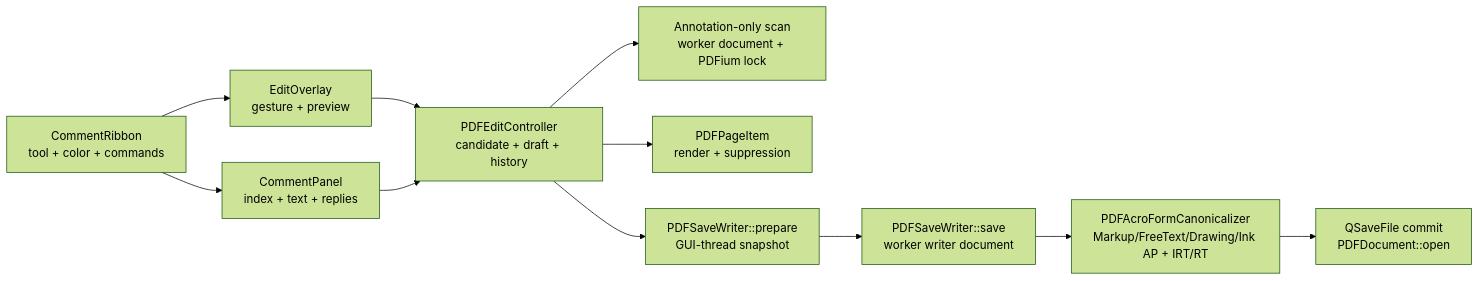
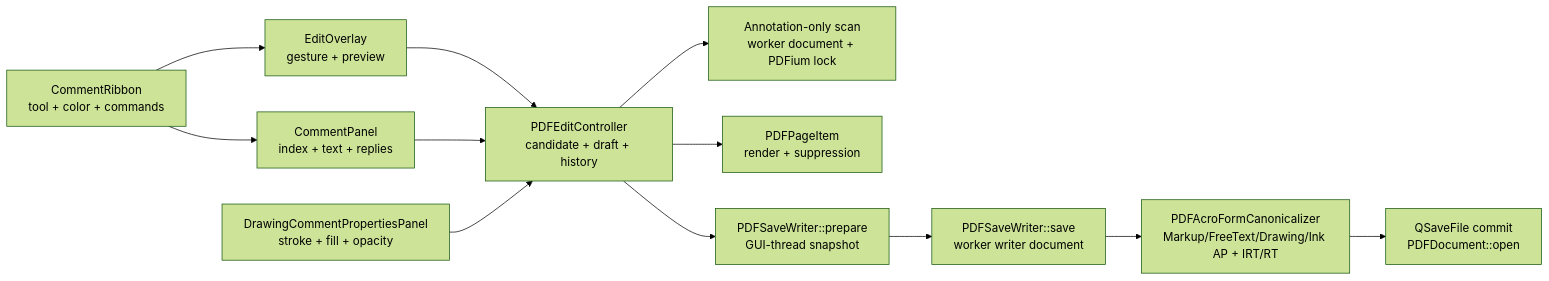
One commit to RaymondHuy/TrePDF changed the diagram in docs/comment-annotation-pipeline.md. Above: the diagram before and after it, drawn with Mermaid (forest theme). The commit also changed other lines of this file and 10 other files, not shown here.

Commit message:
add drawing shape panel

````diff
--- a/docs/comment-annotation-pipeline.md
+++ b/docs/comment-annotation-pipeline.md
@@ -95,13 +97,14 @@
 ```mermaid
 flowchart LR
     Ribbon["CommentRibbon\ntool + color + commands"] --> Overlay["EditOverlay\ngesture + preview"]
     Ribbon --> Panel["CommentPanel\nindex + text + replies"]
     Overlay --> Controller["PDFEditController\ncandidate + draft + history"]
     Panel --> Controller
+    Properties["DrawingCommentPropertiesPanel\nstroke + fill + opacity"] --> Controller
     Controller --> Scan["Annotation-only scan\nworker document + PDFium lock"]
     Controller --> PageItem["PDFPageItem\nrender + suppression"]
     Controller --> Prepare["PDFSaveWriter::prepare\nGUI-thread snapshot"]
     Prepare --> Writer["PDFSaveWriter::save\nworker writer document"]
     Writer --> Canon["PDFAcroFormCanonicalizer\nMarkup/FreeText/Drawing/Ink AP + IRT/RT"]
     Canon --> Reopen["QSaveFile commit\nPDFDocument::open"]
 ```
````
